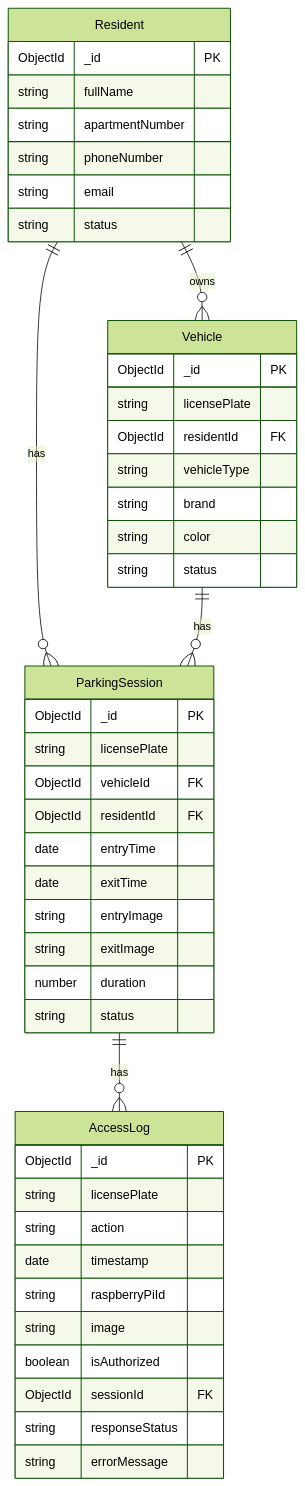
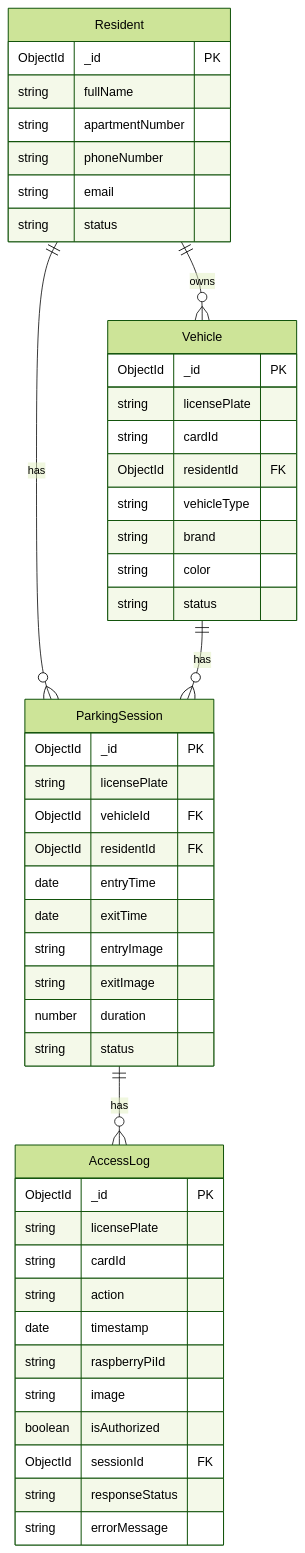
One commit to 22521618/BE_Car_Parking changed the diagram in README.md. Above: the diagram before and after it, drawn with Mermaid (forest theme). The commit also changed other lines of this file, not shown here.

Commit message:
refactor: readme - add card into db

````diff
--- a/README.md
+++ b/README.md
@@ -20,52 +21,54 @@
 ```mermaid
 erDiagram
     Resident ||--o{ Vehicle : owns
     Resident ||--o{ ParkingSession : has
     Vehicle ||--o{ ParkingSession : has
     ParkingSession ||--o{ AccessLog : has
 
     Resident {
         ObjectId _id PK
         string fullName
         string apartmentNumber
         string phoneNumber
         string email
         string status
     }
 
     Vehicle {
         ObjectId _id PK
         string licensePlate
+        string cardId
         ObjectId residentId FK
         string vehicleType
         string brand
         string color
         string status
     }
 
     ParkingSession {
         ObjectId _id PK
         string licensePlate
         ObjectId vehicleId FK
         ObjectId residentId FK
         date entryTime
         date exitTime
         string entryImage
         string exitImage
         number duration
         string status
     }
 
     AccessLog {
         ObjectId _id PK
         string licensePlate
+        string cardId
         string action
         date timestamp
         string raspberryPiId
         string image
         boolean isAuthorized
         ObjectId sessionId FK
         string responseStatus
         string errorMessage
     }
 ```
````
